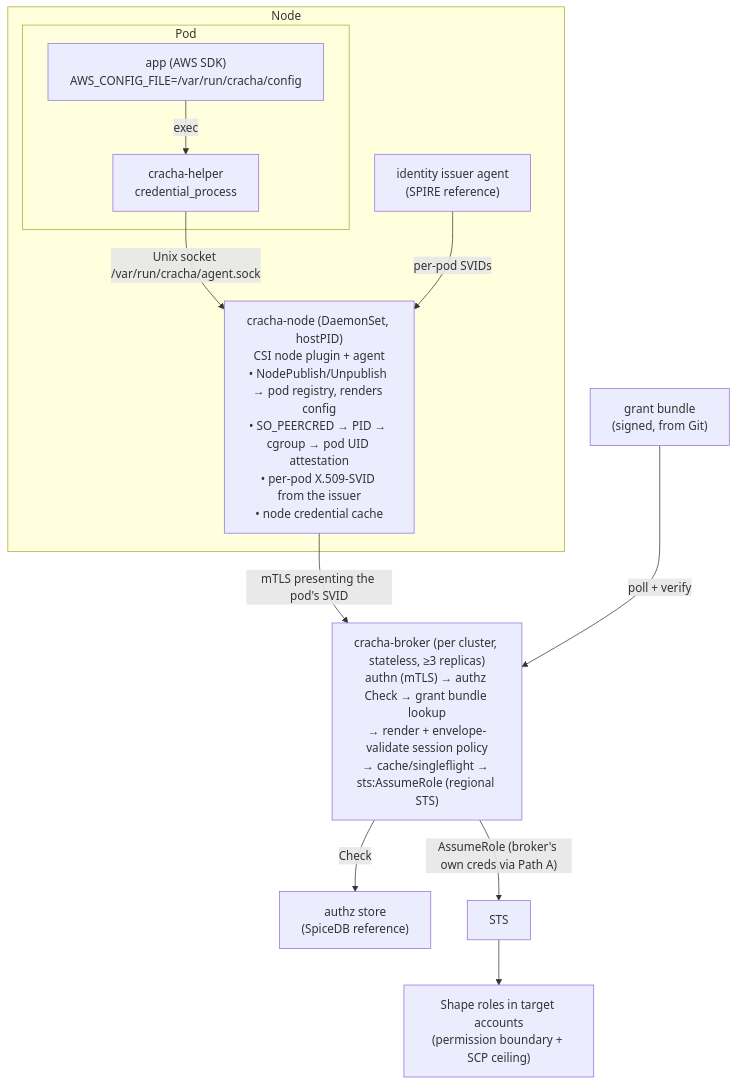
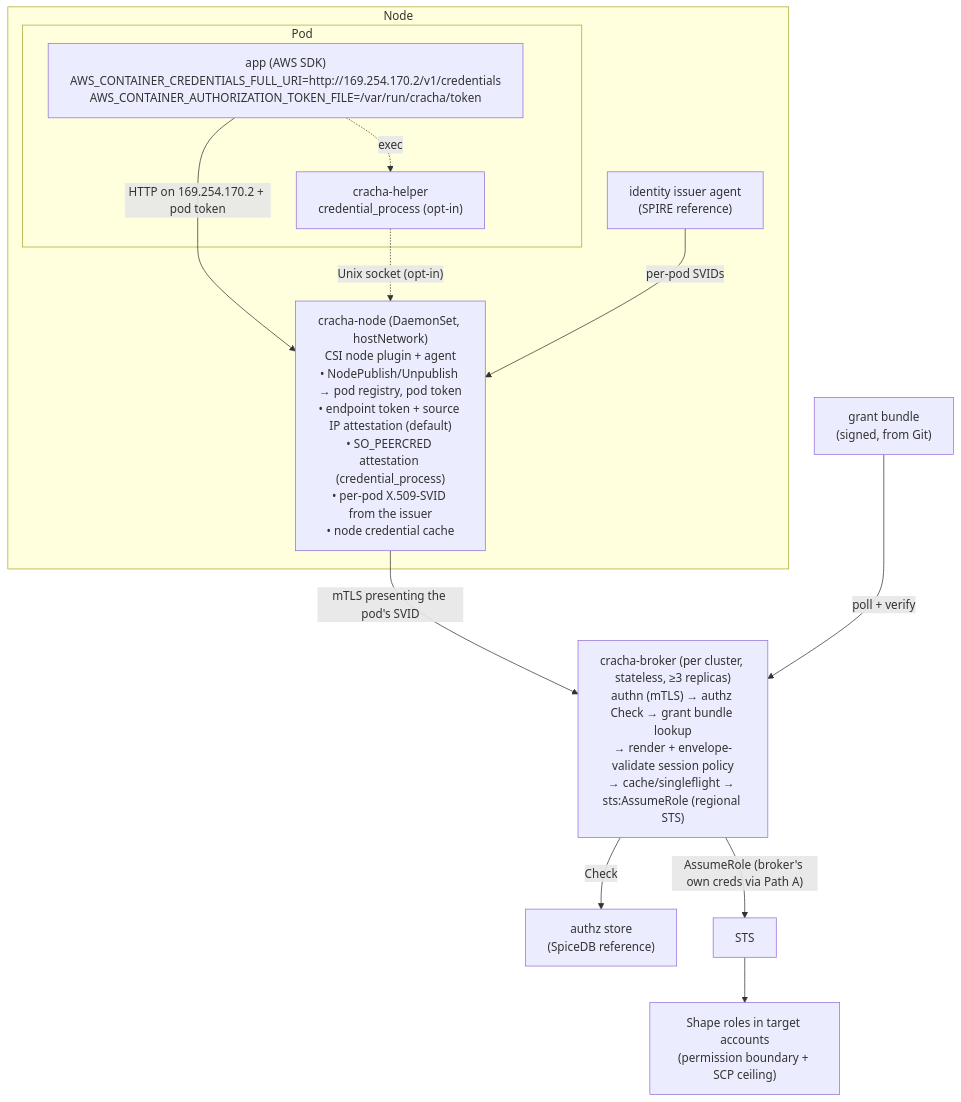
One commit to bpalermo/cracha changed the diagram in docs/design.md. Above: the diagram before and after it, drawn with Mermaid. The commit also changed other lines of this file, not shown here.

First line of the commit message:
Make the node credentials endpoint the default delivery mode

````diff
--- a/docs/design.md
+++ b/docs/design.md
@@ -39,24 +39,25 @@
 ```mermaid
 flowchart TB
     subgraph k8snode["Node"]
         subgraph pod["Pod"]
-            app["app (AWS SDK)<br/>AWS_CONFIG_FILE=/var/run/cracha/config"]
-            helper["cracha-helper<br/>credential_process"]
-            app -->|exec| helper
+            app["app (AWS SDK)<br/>AWS_CONTAINER_CREDENTIALS_FULL_URI=http://169.254.170.2/v1/credentials<br/>AWS_CONTAINER_AUTHORIZATION_TOKEN_FILE=/var/run/cracha/token"]
+            helper["cracha-helper<br/>credential_process (opt-in)"]
+            app -.->|exec| helper
         end
-        agent["cracha-node (DaemonSet, hostPID)<br/>CSI node plugin + agent<br/>• NodePublish/Unpublish → pod registry, renders config<br/>• SO_PEERCRED → PID → cgroup → pod UID attestation<br/>• per-pod X.509-SVID from the issuer<br/>• node credential cache"]
+        agent["cracha-node (DaemonSet, hostNetwork)<br/>CSI node plugin + agent<br/>• NodePublish/Unpublish → pod registry, pod token<br/>• endpoint token + source IP attestation (default)<br/>• SO_PEERCRED attestation (credential_process)<br/>• per-pod X.509-SVID from the issuer<br/>• node credential cache"]
         issuer["identity issuer agent<br/>(SPIRE reference)"]
-        helper -->|"Unix socket /var/run/cracha/agent.sock"| agent
+        app -->|"HTTP on 169.254.170.2 + pod token"| agent
+        helper -.->|"Unix socket (opt-in)"| agent
         issuer -->|"per-pod SVIDs"| agent
     end
     broker["cracha-broker (per cluster, stateless, ≥3 replicas)<br/>authn (mTLS) → authz Check → grant bundle lookup<br/>→ render + envelope-validate session policy<br/>→ cache/singleflight → sts:AssumeRole (regional STS)"]
     authz["authz store<br/>(SpiceDB reference)"]
     bundle["grant bundle<br/>(signed, from Git)"]
     sts["STS"]
     shapes["Shape roles in target accounts<br/>(permission boundary + SCP ceiling)"]
     agent -->|"mTLS presenting the pod's SVID"| broker
     broker -->|Check| authz
     bundle -->|poll + verify| broker
     broker -->|"AssumeRole (broker's own creds via Path A)"| sts
     sts --> shapes
 ```
````
